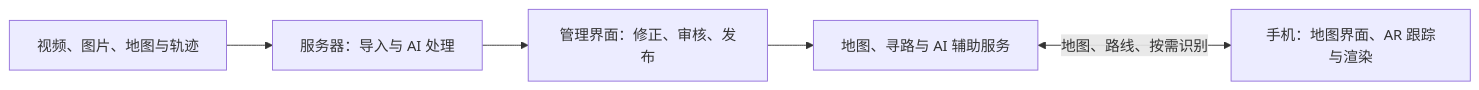
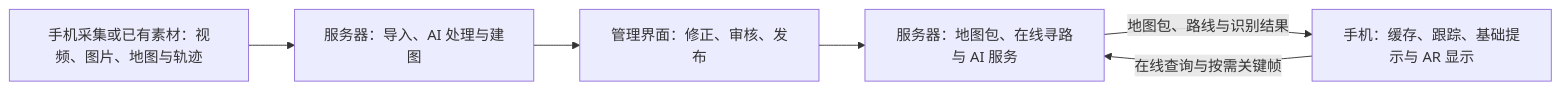
The diagram in docs/DRD.md (Hylfrd/Want-To-Be-Magic-Catgirl-Loli), drawn with Mermaid before and after one commit. The commit also changed other lines of this file, not shown here.

````diff
--- a/docs/DRD.md
+++ b/docs/DRD.md
@@ -112,7 +118,8 @@
 ```mermaid
 flowchart LR
-    A["视频、图片、地图与轨迹"] --> B["服务器：导入与 AI 处理"]
+    A["手机采集或已有素材：视频、图片、地图与轨迹"] --> B["服务器：导入、AI 处理与建图"]
     B --> C["管理界面：修正、审核、发布"]
-    C --> D["地图、寻路与 AI 辅助服务"]
-    D <-->|地图、路线、按需识别| E["手机：地图界面、AR 跟踪与渲染"]
+    C --> D["服务器：地图包、在线寻路与 AI 服务"]
+    D -->|地图包、路线与识别结果| E["手机：缓存、跟踪、基础提示与 AR 显示"]
+    E -->|在线查询与按需关键帧| D
 ```
````
